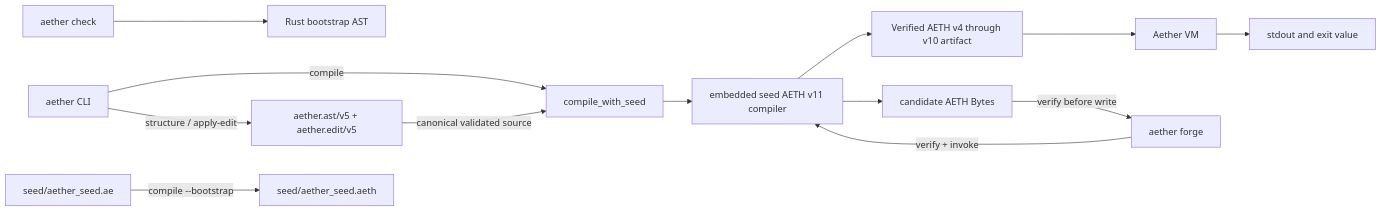
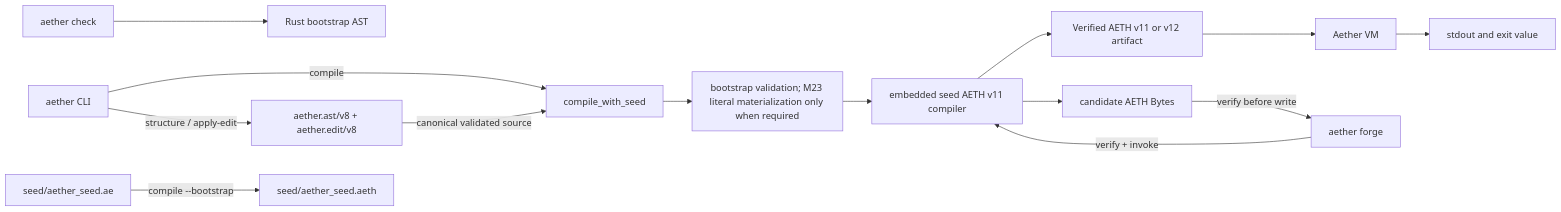
The diagram in docs/ARCHITECTURE.md (MrWizard94-Compile/XLang), drawn with Mermaid before and after one commit. The commit also changed other lines of this file and 85 other files, not shown here.

```diff
--- a/docs/ARCHITECTURE.md
+++ b/docs/ARCHITECTURE.md
@@ -3,15 +3,16 @@
 ~~~mermaid
 flowchart LR
     CLI["aether CLI"] -->|"compile"| SeedPath["compile_with_seed"]
-    CLI -->|"structure / apply-edit"| Authoring["aether.ast/v5 + aether.edit/v5"]
+    CLI -->|"structure / apply-edit"| Authoring["aether.ast/v8 + aether.edit/v8"]
     Authoring -->|"canonical validated source"| SeedPath
-    SeedPath --> SeedArt["embedded seed AETH v11 compiler"]
-    SeedArt --> Artifact["Verified AETH v4 through v10 artifact"]
+    SeedPath --> Bridge["bootstrap validation; M23 literal materialization only when required"]
+    Bridge --> SeedArt["embedded seed AETH v11 compiler"]
+    SeedArt --> Artifact["Verified AETH v11 or v12 artifact"]
     Artifact --> VM["Aether VM"]
     VM --> Result["stdout and exit value"]
     Check["aether check"] --> Bootstrap["Rust bootstrap AST"]
     SeedSrc["seed/aether_seed.ae"] -->|"compile --bootstrap"| SeedArtFile["seed/aether_seed.aeth"]
     Forge["aether forge"] -->|"verify + invoke"| SeedArt
     SeedArt --> Candidate["candidate AETH Bytes"]
     Candidate -->|"verify before write"| Forge
 ~~~
```
